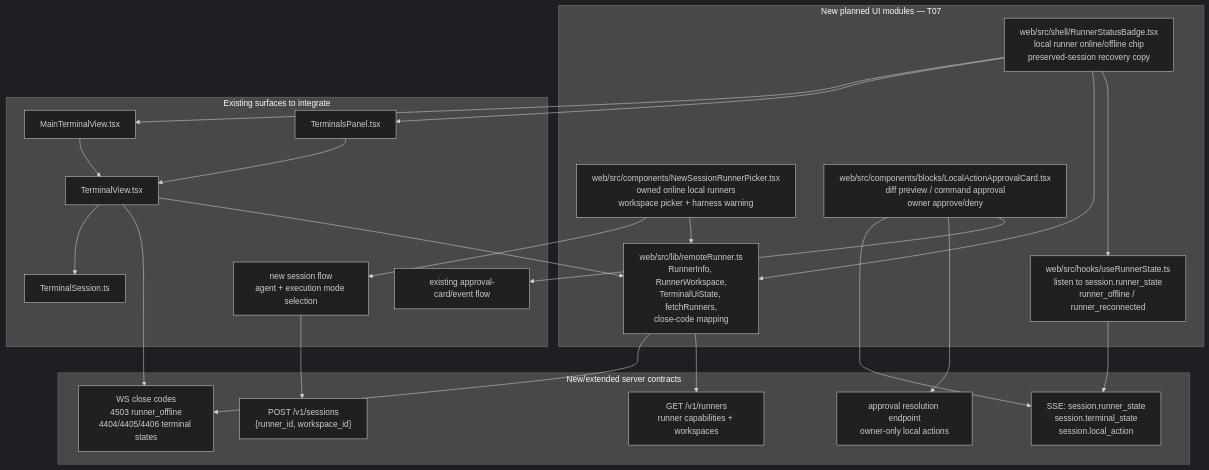
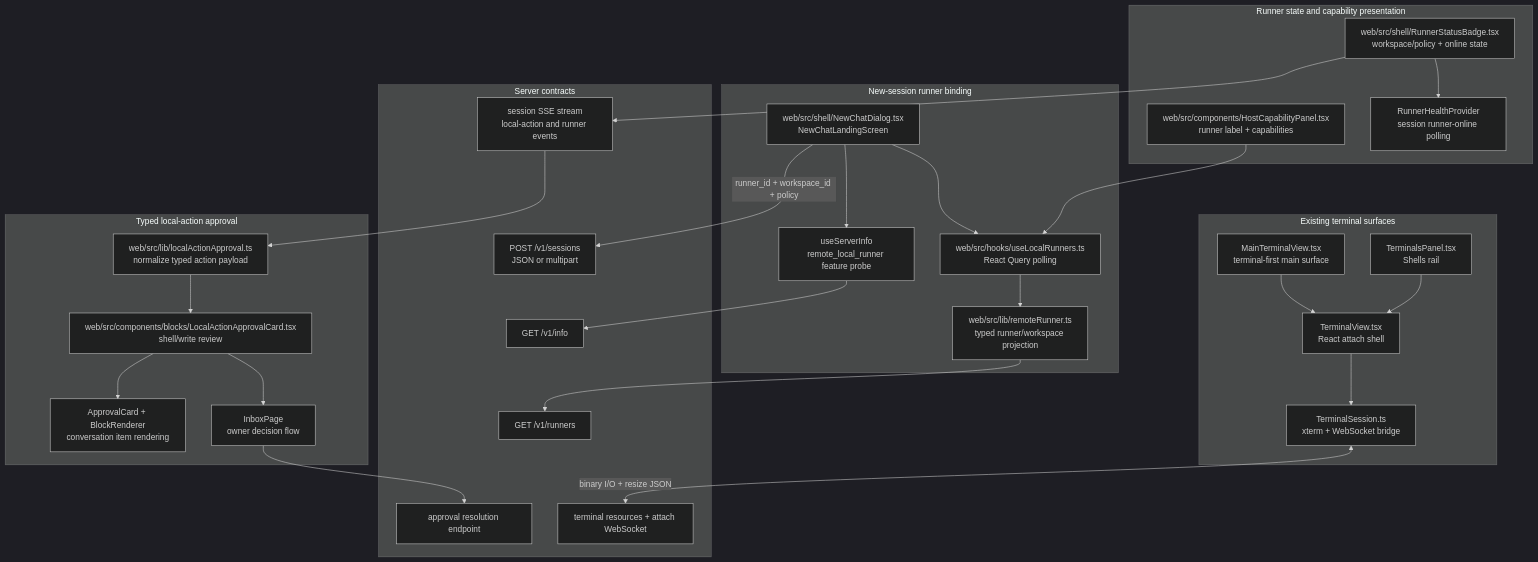
The first of 5 diagrams in docs/mvp-remote-runner-mirroring/08-ui-terminal-runtime-diagrams.md (drunkod/omnigent), drawn with Mermaid (dark theme) before and after one commit. The commit also changed other lines of this file, not shown here.

Commit message:
docs(ui): replace planned runner diagrams with wired flows

````diff
--- a/docs/mvp-remote-runner-mirroring/08-ui-terminal-runtime-diagrams.md
+++ b/docs/mvp-remote-runner-mirroring/08-ui-terminal-runtime-diagrams.md
@@ -107,50 +11,60 @@
 ```mermaid
 flowchart TB
-    subgraph planned["New planned UI modules — T07"]
-        REMOTE_LIB["web/src/lib/remoteRunner.ts<br/>RunnerInfo, RunnerWorkspace,<br/>TerminalUiState, fetchRunners,<br/>close-code mapping"]
-        RUNNER_STATE["web/src/hooks/useRunnerState.ts<br/>listen to session.runner_state<br/>runner_offline / runner_reconnected"]
-        RUNNER_BADGE["web/src/shell/RunnerStatusBadge.tsx<br/>local runner online/offline chip<br/>preserved-session recovery copy"]
-        PICKER["web/src/components/NewSessionRunnerPicker.tsx<br/>owned online local runners<br/>workspace picker + harness warning"]
-        LOCAL_APPROVAL["web/src/components/blocks/LocalActionApprovalCard.tsx<br/>diff preview / command approval<br/>owner approve/deny"]
+    subgraph create["New-session runner binding"]
+        NEWCHAT["web/src/shell/NewChatDialog.tsx<br/>NewChatLandingScreen"]
+        USE_RUNNERS["web/src/hooks/useLocalRunners.ts<br/>React Query polling"]
+        REMOTE["web/src/lib/remoteRunner.ts<br/>typed runner/workspace projection"]
+        INFO["useServerInfo<br/>remote_local_runner feature probe"]
     end
 
-    subgraph existing_surfaces["Existing surfaces to integrate"]
-        NEW_SESSION["new session flow<br/>agent + execution mode selection"]
-        PANEL["TerminalsPanel.tsx"]
-        MAIN["MainTerminalView.tsx"]
-        TVIEW["TerminalView.tsx"]
-        TSESSION["TerminalSession.ts"]
-        APPROVAL_FLOW["existing approval-card/event flow"]
+    subgraph capability["Runner state and capability presentation"]
+        HOSTCAP["web/src/components/HostCapabilityPanel.tsx<br/>runner label + capabilities"]
+        BADGE["web/src/shell/RunnerStatusBadge.tsx<br/>workspace/policy + online state"]
+        HEALTH["RunnerHealthProvider<br/>session runner-online polling"]
     end
 
-    subgraph server_contracts["New/extended server contracts"]
-        RUNNERS_API["GET /v1/runners<br/>runner capabilities + workspaces"]
-        SESSION_CREATE["POST /v1/sessions<br/>{runner_id, workspace_id}"]
-        RUNNER_EVENTS["SSE: session.runner_state<br/>session.terminal_state<br/>session.local_action"]
-        ATTACH_CODES["WS close codes<br/>4503 runner_offline<br/>4404/4405/4406 terminal states"]
-        APPROVAL_API["approval resolution endpoint<br/>owner-only local actions"]
+    subgraph approval["Typed local-action approval"]
+        NORMALIZE["web/src/lib/localActionApproval.ts<br/>normalize typed action payload"]
+        CARD["web/src/components/blocks/LocalActionApprovalCard.tsx<br/>shell/write review"]
+        BLOCKS["ApprovalCard + BlockRenderer<br/>conversation item rendering"]
+        INBOX["InboxPage<br/>owner decision flow"]
     end
 
-    REMOTE_LIB --> RUNNERS_API
-    REMOTE_LIB --> ATTACH_CODES
-    RUNNER_STATE --> RUNNER_EVENTS
+    subgraph terminal["Existing terminal surfaces"]
+        MAIN["MainTerminalView.tsx<br/>terminal-first main surface"]
+        RAIL["TerminalsPanel.tsx<br/>Shells rail"]
+        VIEW["TerminalView.tsx<br/>React attach shell"]
+        SESSION["TerminalSession.ts<br/>xterm + WebSocket bridge"]
+    end
 
-    PICKER --> REMOTE_LIB
-    PICKER --> NEW_SESSION
-    NEW_SESSION --> SESSION_CREATE
+    subgraph server["Server contracts"]
+        INFO_API["GET /v1/info"]
+        RUNNERS_API["GET /v1/runners"]
+        CREATE_API["POST /v1/sessions<br/>JSON or multipart"]
+        EVENTS["session SSE stream<br/>local-action and runner events"]
+        APPROVE_API["approval resolution endpoint"]
+        TERMINAL_API["terminal resources + attach WebSocket"]
+    end
 
-    RUNNER_BADGE --> RUNNER_STATE
-    RUNNER_BADGE --> REMOTE_LIB
-    RUNNER_BADGE --> PANEL
-    RUNNER_BADGE --> MAIN
+    INFO --> INFO_API
+    NEWCHAT --> INFO
+    NEWCHAT --> USE_RUNNERS
+    USE_RUNNERS --> REMOTE
+    REMOTE --> RUNNERS_API
+    NEWCHAT -->|"runner_id + workspace_id + policy"| CREATE_API
 
-    LOCAL_APPROVAL --> APPROVAL_FLOW
-    LOCAL_APPROVAL --> APPROVAL_API
-    LOCAL_APPROVAL --> RUNNER_EVENTS
+    HOSTCAP --> USE_RUNNERS
+    BADGE --> HEALTH
+    BADGE --> EVENTS
 
-    TVIEW --> REMOTE_LIB
-    TVIEW --> ATTACH_CODES
-    TVIEW --> TSESSION
-    PANEL --> TVIEW
-    MAIN --> TVIEW
+    EVENTS --> NORMALIZE
+    NORMALIZE --> CARD
+    CARD --> BLOCKS
+    CARD --> INBOX
+    INBOX --> APPROVE_API
+
+    MAIN --> VIEW
+    RAIL --> VIEW
+    VIEW --> SESSION
+    SESSION <-->|"binary I/O + resize JSON"| TERMINAL_API
 ```
````
